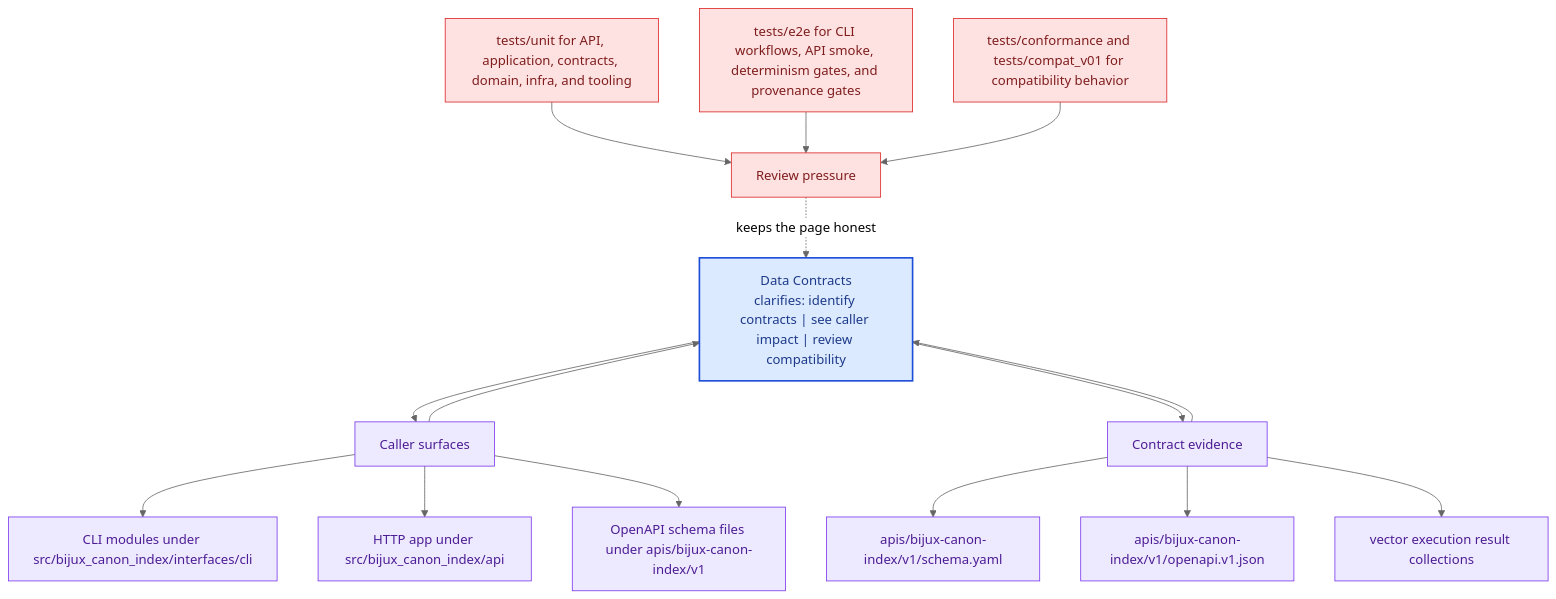
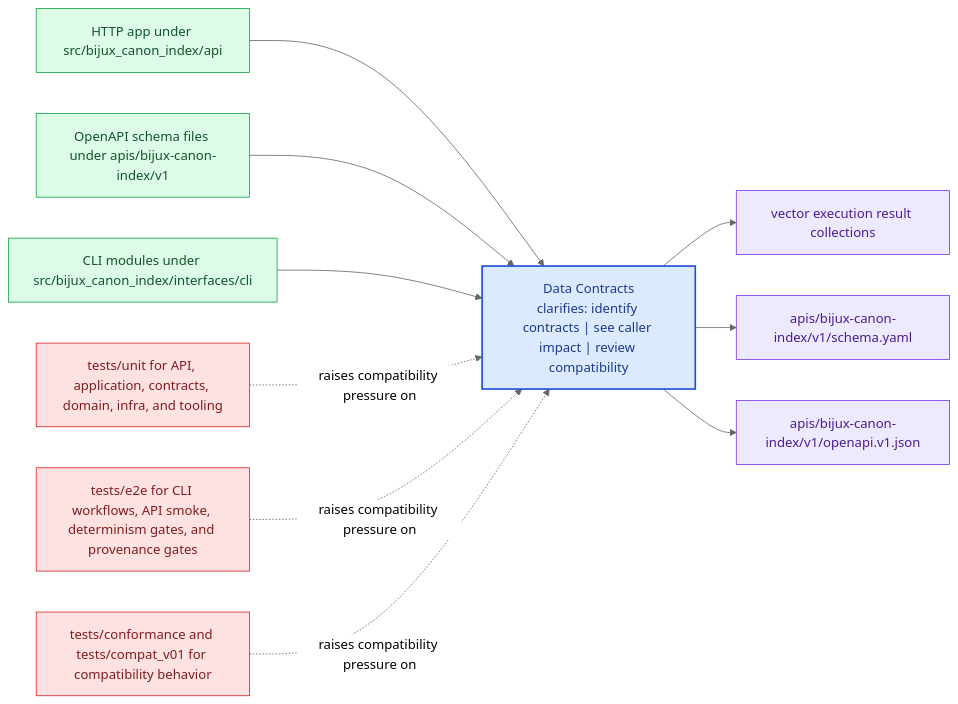
One commit to bijux/bijux-canon changed the diagram in docs/bijux-canon-index/interfaces/data-contracts.md. Above: the diagram before and after it, drawn with Mermaid (neutral theme). The commit also changed other lines of this file and 281 other files, not shown here.

Commit message:
docs(diagrams): replace repeated mermaid scaffolds with page-specific summaries

````diff
--- a/docs/bijux-canon-index/interfaces/data-contracts.md
+++ b/docs/bijux-canon-index/interfaces/data-contracts.md
@@ -68,41 +23,31 @@
 ```mermaid
-flowchart TB
-    promise["Data Contracts<br/>clarifies: identify contracts | see caller impact | review compatibility"]
-    classDef promise fill:#dbeafe,stroke:#1d4ed8,color:#1e3a8a,stroke-width:2px;
-    classDef driver fill:#dcfce7,stroke:#16a34a,color:#14532d;
-    classDef constraint fill:#fee2e2,stroke:#dc2626,color:#7f1d1d;
-    classDef ground fill:#ede9fe,stroke:#7c3aed,color:#4c1d95;
-    focus1["Caller surfaces"]
-    focus1 --> promise
-    promise --> focus1
-    focus1_1["CLI modules under src/bijux_canon_index/interfaces/cli"]
-    focus1 --> focus1_1
-    focus1_2["HTTP app under src/bijux_canon_index/api"]
-    focus1 --> focus1_2
-    focus1_3["OpenAPI schema files under apis/bijux-canon-index/v1"]
-    focus1 --> focus1_3
-    class focus1 ground;
-    class focus1_1,focus1_2,focus1_3 ground;
-    focus2["Contract evidence"]
-    focus2 --> promise
-    promise --> focus2
-    focus2_1["apis/bijux-canon-index/v1/schema.yaml"]
-    focus2 --> focus2_1
-    focus2_2["apis/bijux-canon-index/v1/openapi.v1.json"]
-    focus2 --> focus2_2
-    focus2_3["vector execution result collections"]
-    focus2 --> focus2_3
-    class focus2 ground;
-    class focus2_1,focus2_2,focus2_3 ground;
-    focus3["Review pressure"]
-    focus3 -.keeps the page honest.-> promise
-    focus3_1["tests/unit for API, application, contracts, domain, infra, and tooling"]
-    focus3_1 --> focus3
-    focus3_2["tests/e2e for CLI workflows, API smoke, determinism gates, and provenance gates"]
-    focus3_2 --> focus3
-    focus3_3["tests/conformance and tests/compat_v01 for compatibility behavior"]
-    focus3_3 --> focus3
-    class focus3 constraint;
-    class focus3_1,focus3_2,focus3_3 constraint;
-    class promise promise;
+flowchart LR
+    page["Data Contracts<br/>clarifies: identify contracts | see caller impact | review compatibility"]
+    classDef page fill:#dbeafe,stroke:#1d4ed8,color:#1e3a8a,stroke-width:2px;
+    classDef positive fill:#dcfce7,stroke:#16a34a,color:#14532d;
+    classDef caution fill:#fee2e2,stroke:#dc2626,color:#7f1d1d;
+    classDef anchor fill:#ede9fe,stroke:#7c3aed,color:#4c1d95;
+    classDef action fill:#fef3c7,stroke:#d97706,color:#7c2d12;
+    surface1["HTTP app under src/bijux_canon_index/api"]
+    surface1 --> page
+    surface2["OpenAPI schema files under apis/bijux-canon-index/v1"]
+    surface2 --> page
+    surface3["CLI modules under src/bijux_canon_index/interfaces/cli"]
+    surface3 --> page
+    proof1["vector execution result collections"]
+    page --> proof1
+    proof2["apis/bijux-canon-index/v1/schema.yaml"]
+    page --> proof2
+    proof3["apis/bijux-canon-index/v1/openapi.v1.json"]
+    page --> proof3
+    review1["tests/unit for API, application, contracts, domain, infra, and tooling"]
+    review1 -.raises compatibility pressure on.-> page
+    review2["tests/e2e for CLI workflows, API smoke, determinism gates, and provenance gates"]
+    review2 -.raises compatibility pressure on.-> page
+    review3["tests/conformance and tests/compat_v01 for compatibility behavior"]
+    review3 -.raises compatibility pressure on.-> page
+    class page page;
+    class surface1,surface2,surface3 positive;
+    class proof1,proof2,proof3 anchor;
+    class review1,review2,review3 caution;
 ```
````
